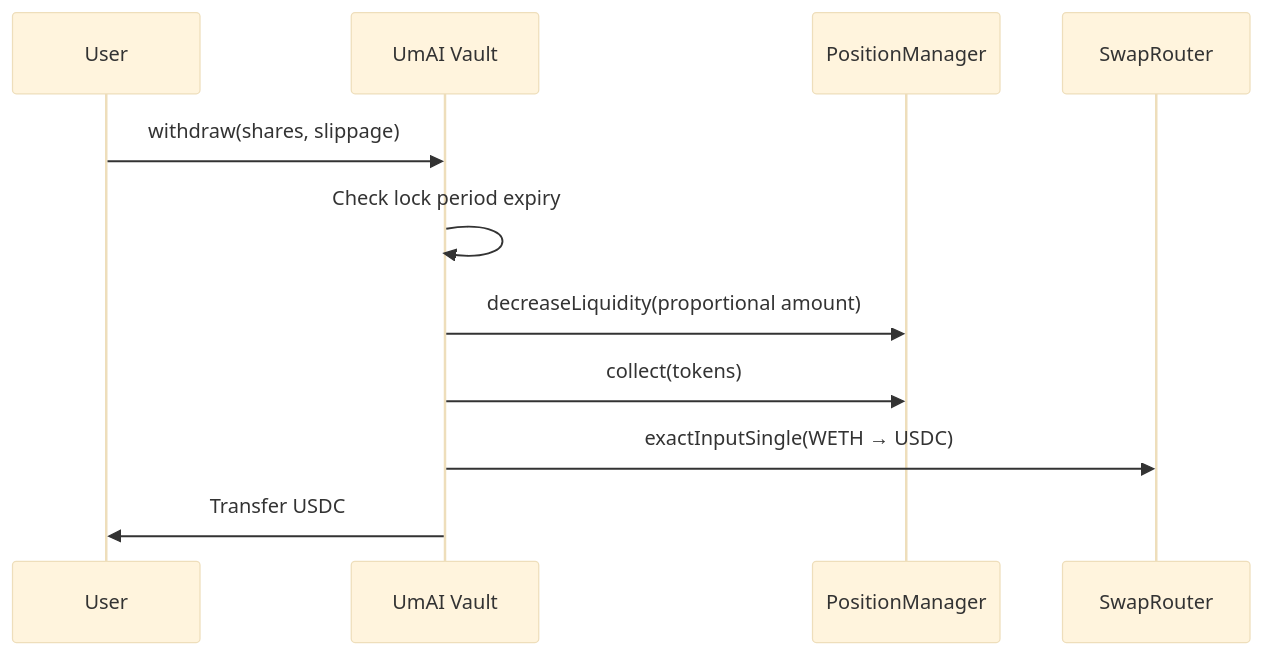
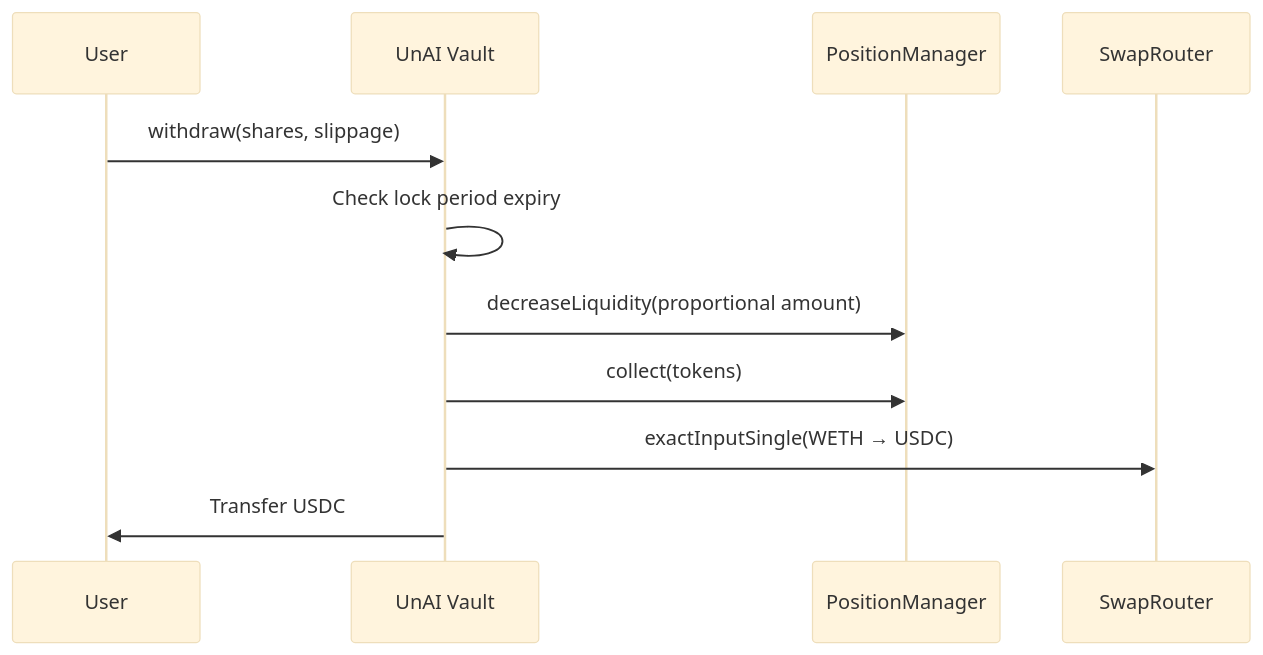
Before and after one commit to systemtest1227-cpu/umai-docs: the fourth of 5 diagrams in architecture/overview.md, drawn with Mermaid (base theme). The commit also changed other lines of this file and 13 other files, not shown here.

````diff
--- a/architecture/overview.md
+++ b/architecture/overview.md
@@ -156,14 +156,14 @@
 ```mermaid
 sequenceDiagram
     participant User
-    participant Vault as UmAI Vault
+    participant Vault as UnAI Vault
     participant NPM as PositionManager
     participant Router as SwapRouter
 
     User->>Vault: withdraw(shares, slippage)
     Vault->>Vault: Check lock period expiry
     Vault->>NPM: decreaseLiquidity(proportional amount)
     Vault->>NPM: collect(tokens)
     Vault->>Router: exactInputSingle(WETH → USDC)
     Vault->>User: Transfer USDC
 ```
````
